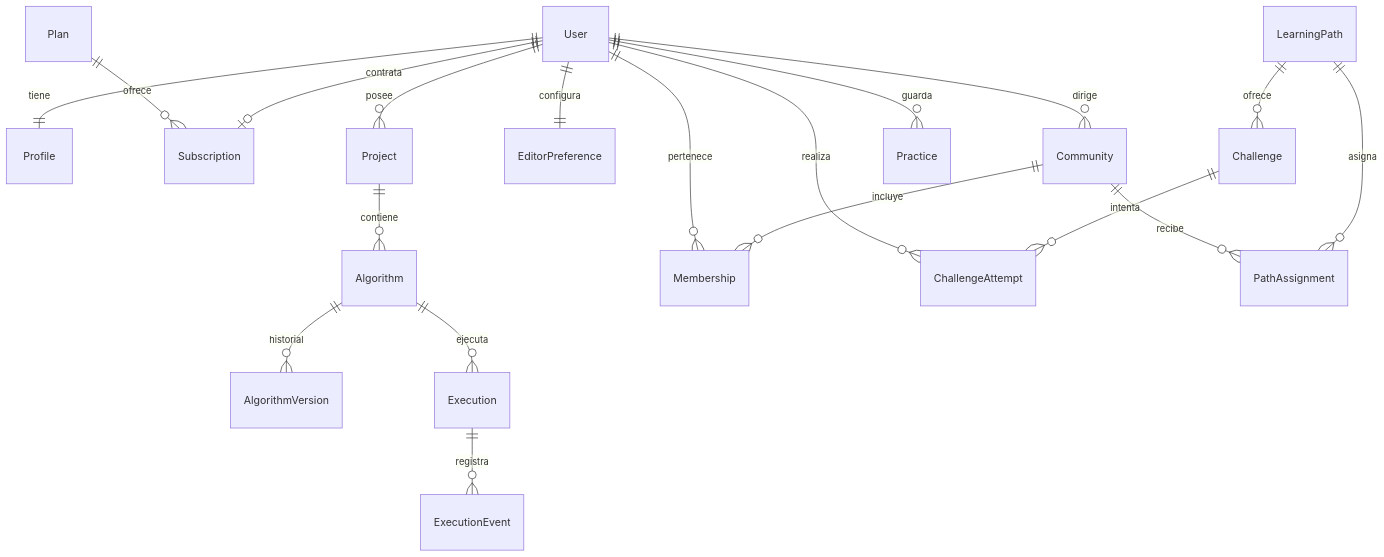
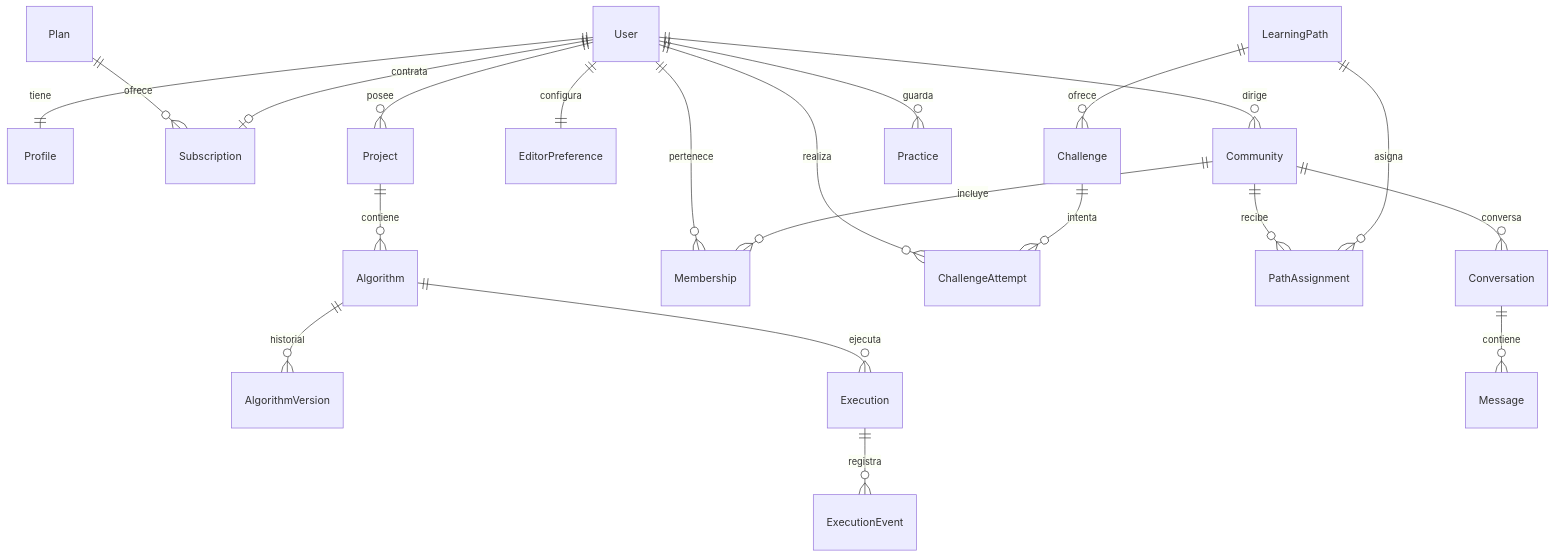
One commit to roque-code/FCDesign_client_server changed the diagram in docs/vistas/arquitectura-de-datos.md. Above: the diagram before and after it, drawn with Mermaid. The commit also changed other lines of this file and 24 other files, not shown here.

````diff
--- a/docs/vistas/arquitectura-de-datos.md
+++ b/docs/vistas/arquitectura-de-datos.md
@@ -7,21 +7,23 @@
 ```mermaid
 erDiagram
     User ||--|| Profile : tiene
     User ||--o| Subscription : contrata
     Plan ||--o{ Subscription : ofrece
     User ||--o{ Project : posee
     User ||--|| EditorPreference : configura
     Project ||--o{ Algorithm : contiene
     Algorithm ||--o{ AlgorithmVersion : historial
     Algorithm ||--o{ Execution : ejecuta
     Execution ||--o{ ExecutionEvent : registra
     User ||--o{ Community : dirige
     Community ||--o{ Membership : incluye
     User ||--o{ Membership : pertenece
     LearningPath ||--o{ Challenge : ofrece
     Challenge ||--o{ ChallengeAttempt : intenta
     User ||--o{ ChallengeAttempt : realiza
     User ||--o{ Practice : guarda
     LearningPath ||--o{ PathAssignment : asigna
     Community ||--o{ PathAssignment : recibe
+    Community ||--o{ Conversation : conversa
+    Conversation ||--o{ Message : contiene
 ```
````
